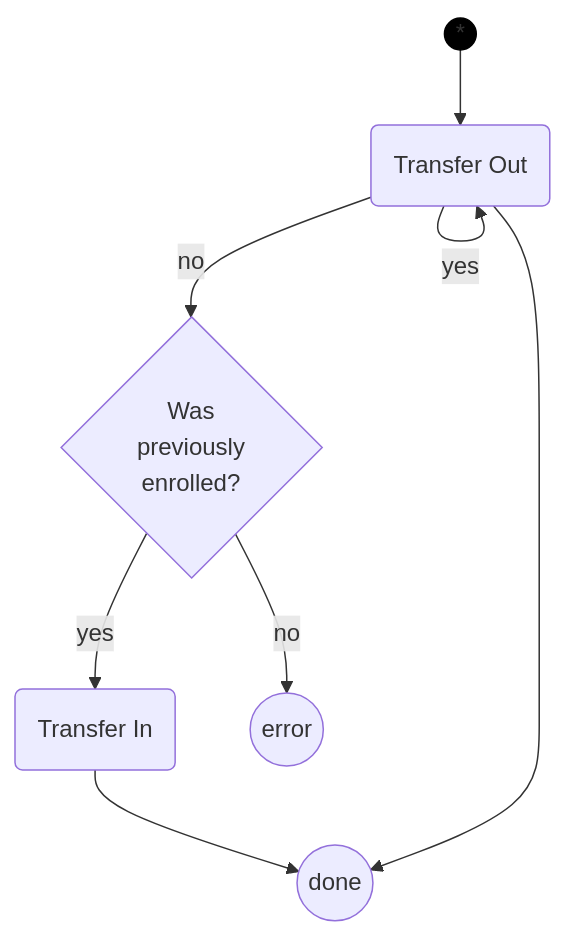
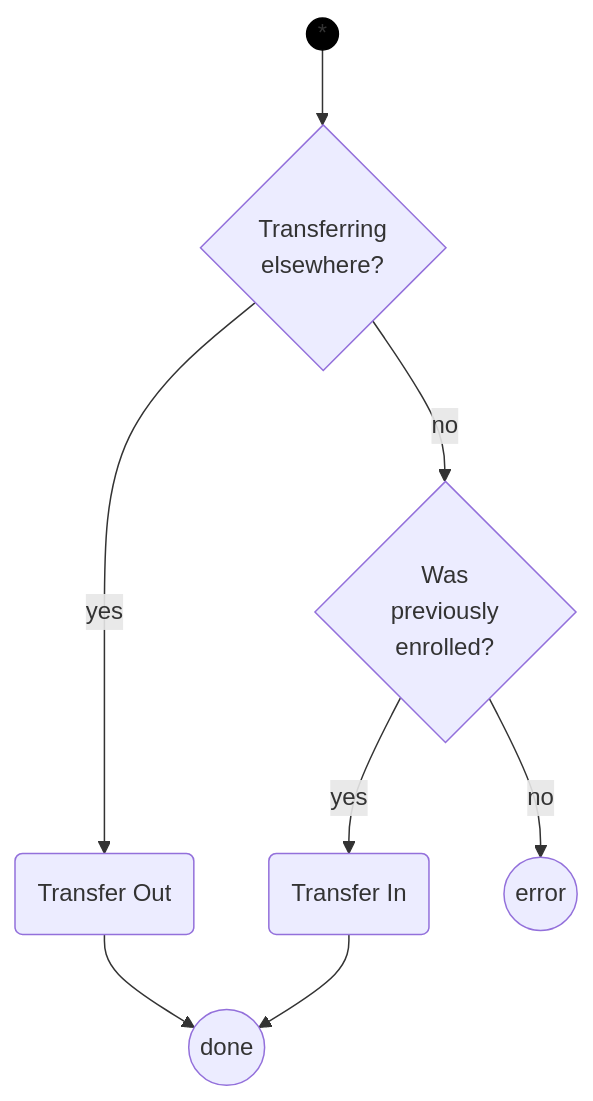
One commit to naccdata/nacc-flywheel changed the fourth of 6 diagrams in docs/identifier_provisioning/index.md. Above: the diagram before and after it, drawn with Mermaid.

Commit message:
Fix name conflict in diagram

````diff
--- a/docs/identifier_provisioning/index.md
+++ b/docs/identifier_provisioning/index.md
@@ -74,9 +74,9 @@
 ```mermaid
 graph TB
-    start((*)) --> transferout{Transferring\n elsewhere?}
-    transferout -- yes --> transferout(Transfer Out) --> stop((done))
-    transferout -- no --> prevenrolled{Was\n previously\n enrolled?}
+    start((*)) --> istransferout{Transferring\n elsewhere?}
+    istransferout -- yes --> transferout(Transfer Out) --> stop((done))
+    istransferout -- no --> prevenrolled{Was\n previously\n enrolled?}
     prevenrolled -- yes --> transferin(Transfer In)  --> stop((done))
     prevenrolled -- no --> whattransfer((error)) 
 style start fill:#000, stroke:#000
 ```
````
